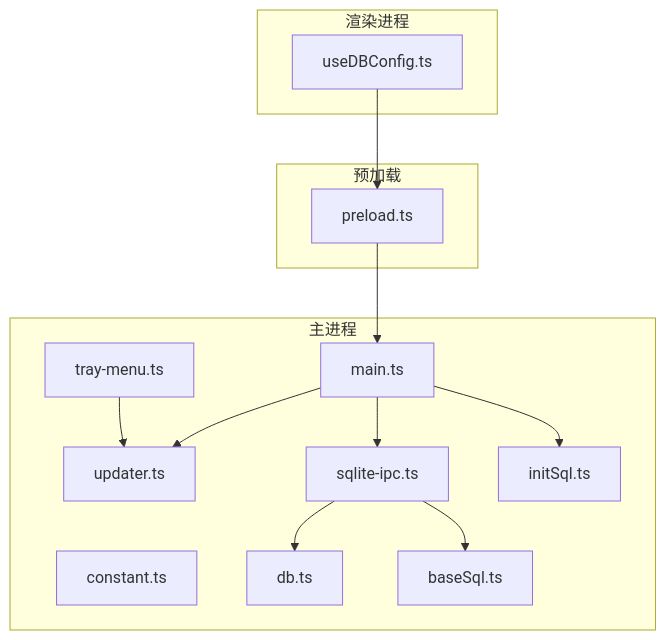
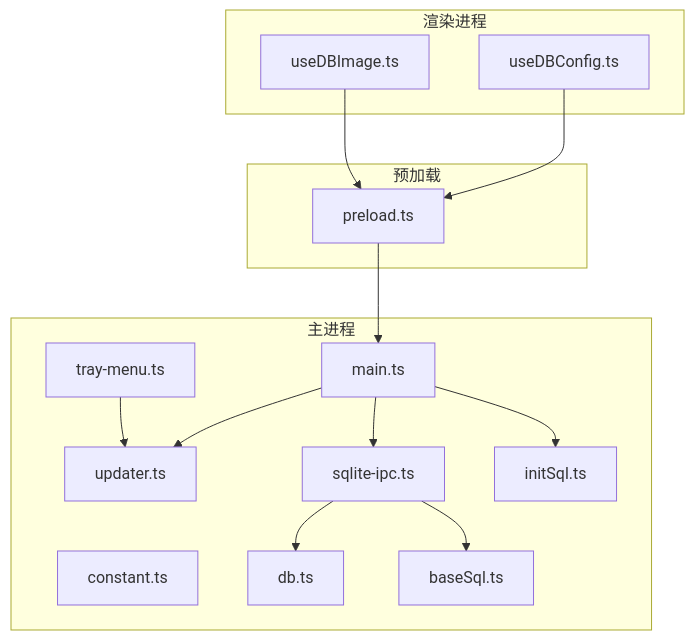
Before and after one commit to scgithub3220216/password-manager: the first of 9 diagrams in .qoder/repowiki/zh/content/架构设计/IPC通信机制.md, drawn with Mermaid. The commit also changed other lines of this file and 9 other files, not shown here.

First line of the commit message:
feat(sync): 新增图像数据同步支持

````diff
--- a/.qoder/repowiki/zh/content/架构设计/IPC通信机制.md
+++ b/.qoder/repowiki/zh/content/架构设计/IPC通信机制.md
@@ -55,27 +65,29 @@
 ```mermaid
 graph TB
 subgraph "主进程"
 M["main.ts"]
 C["constant.ts"]
 U["updater.ts"]
 T["tray-menu.ts"]
 SIPC["sqlite-ipc.ts"]
 DB["db.ts"]
 BS["baseSql.ts"]
 IS["initSql.ts"]
 end
 subgraph "预加载"
 P["preload.ts"]
 end
 subgraph "渲染进程"
-R["useDBConfig.ts"]
+R1["useDBConfig.ts"]
+R2["useDBImage.ts"]
 end
-R --> P
+R1 --> P
+R2 --> P
 P --> M
 M --> SIPC
 SIPC --> DB
 SIPC --> BS
 M --> U
 T --> U
 M --> IS
 ```
````
